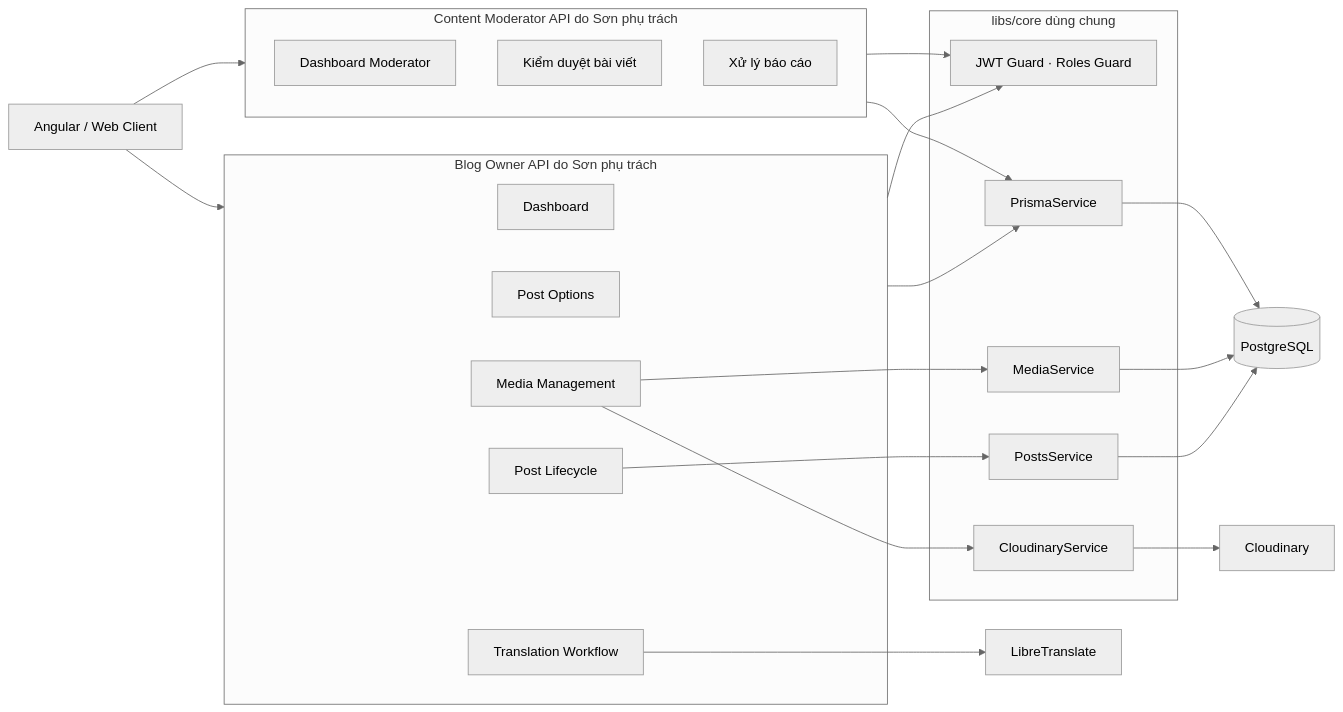
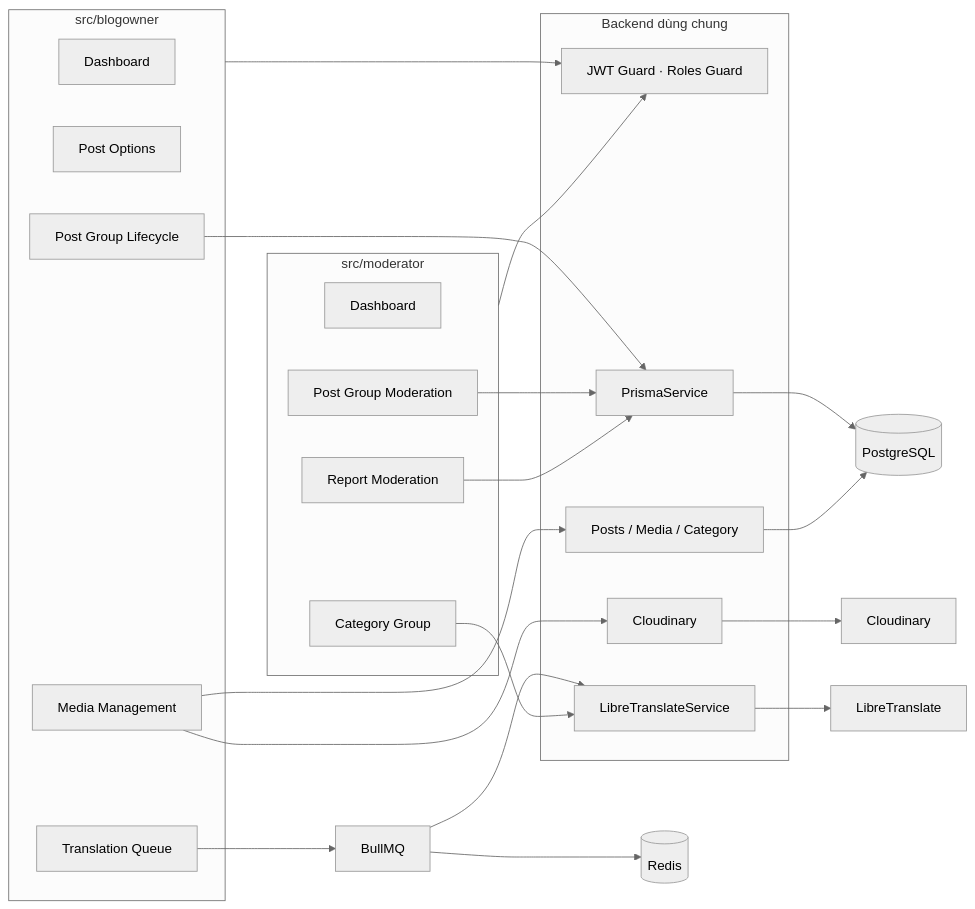
One commit to ngocha3792/Quan-ly-blog changed the diagram in docs/phancongcongviec/SON_WORK_ASSIGNMENT.md. Above: the diagram before and after it, drawn with Mermaid (neutral theme). The commit also changed other lines of this file and 33 other files, not shown here.

Commit message:
chore(blog): finalize BlogOwner and Moderator backend cleanup

````diff
--- a/docs/phancongcongviec/SON_WORK_ASSIGNMENT.md
+++ b/docs/phancongcongviec/SON_WORK_ASSIGNMENT.md
@@ -31,49 +30,51 @@
 ```mermaid
 flowchart LR
-    CLIENT[Angular / Web Client]
-
-    subgraph BLOGOWNER[Blog Owner API do Sơn phụ trách]
+    subgraph BLOGOWNER[src/blogowner]
         BDASH[Dashboard]
         OPTIONS[Post Options]
-        POSTS[Post Lifecycle]
+        POSTS[Post Group Lifecycle]
         MEDIA[Media Management]
-        TRANSLATION[Translation Workflow]
+        QUEUE[Translation Queue]
     end
 
-    subgraph MODERATOR[Content Moderator API do Sơn phụ trách]
-        MDASH[Dashboard Moderator]
-        REVIEW[Kiểm duyệt bài viết]
-        REPORTS[Xử lý báo cáo]
+    subgraph MODERATOR[src/moderator]
+        MDASH[Dashboard]
+        REVIEW[Post Group Moderation]
+        CATEGORY[Category Group]
+        REPORTS[Report Moderation]
     end
 
-    subgraph CORE[libs/core dùng chung]
+    subgraph CORE[Backend dùng chung]
         AUTH[JWT Guard · Roles Guard]
-        POSTCORE[PostsService]
-        MEDIACORE[MediaService]
-        STORAGE[CloudinaryService]
         PRISMA[PrismaService]
+        POSTSCORE[Posts / Media / Category]
+        CLOUD[Cloudinary]
+        TRANSLATE[LibreTranslateService]
     end
 
+    REDIS[(Redis)]
+    BULL[BullMQ]
     DB[(PostgreSQL)]
-    CLOUD[Cloudinary]
     LT[LibreTranslate]
-
-    CLIENT --> BLOGOWNER
-    CLIENT --> MODERATOR
+    STORAGE[Cloudinary]
 
     BLOGOWNER --> AUTH
     MODERATOR --> AUTH
 
-    POSTS --> POSTCORE
-    MEDIA --> MEDIACORE
-    MEDIA --> STORAGE
-    TRANSLATION --> LT
+    POSTS --> PRISMA
+    MEDIA --> POSTSCORE
+    MEDIA --> CLOUD
 
-    BLOGOWNER --> PRISMA
-    MODERATOR --> PRISMA
+    QUEUE --> BULL
+    BULL --> REDIS
+    BULL --> TRANSLATE
+    TRANSLATE --> LT
 
-    POSTCORE --> DB
-    MEDIACORE --> DB
+    CATEGORY --> TRANSLATE
+    REVIEW --> PRISMA
+    REPORTS --> PRISMA
+
     PRISMA --> DB
-    STORAGE --> CLOUD
+    POSTSCORE --> DB
+    CLOUD --> STORAGE
 ```
````
